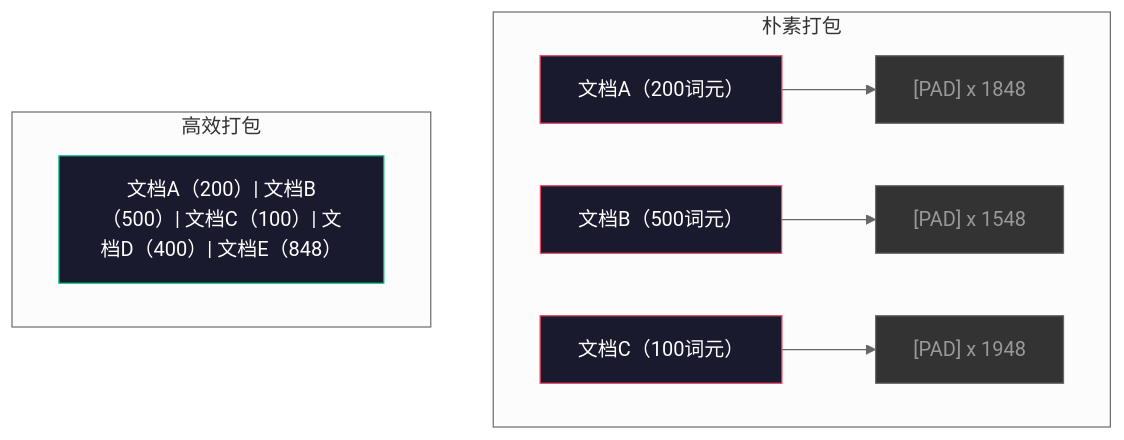
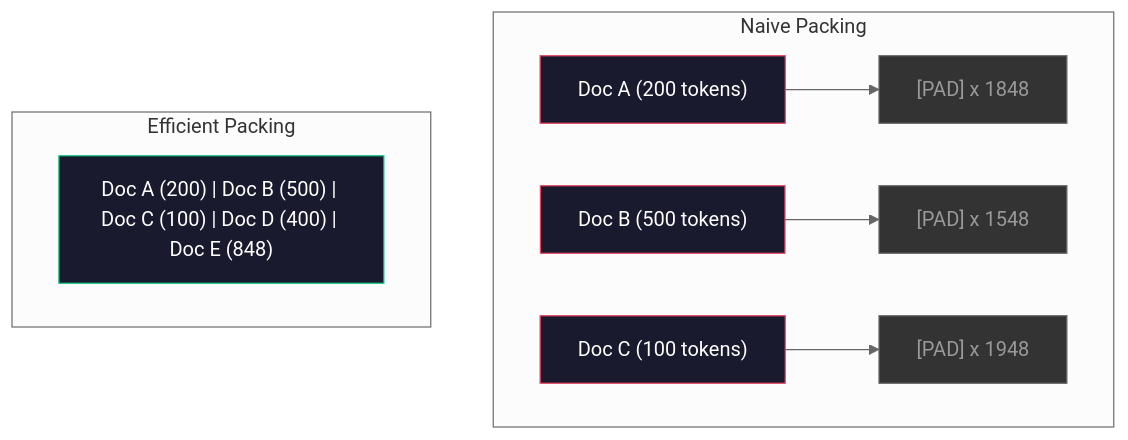
The third of 3 diagrams in i18n/zh/phases/10-llms-from-scratch/03-data-pipelines/docs/zh.md (xiaojiaenen/ai-engineering-from-scratch-zh), drawn with Mermaid (neutral theme) before and after one commit. The commit also changed other lines of this file and 24 other files, not shown here.

````diff
--- a/i18n/zh/phases/10-llms-from-scratch/03-data-pipelines/docs/zh.md
+++ b/i18n/zh/phases/10-llms-from-scratch/03-data-pipelines/docs/zh.md
@@ -137,20 +137,20 @@
 ```mermaid
 graph TD
-    subgraph 朴素打包
-        A1["文档A（200词元）"] --> P1["[PAD] x 1848"]
-        A2["文档B（500词元）"] --> P2["[PAD] x 1548"]
-        A3["文档C（100词元）"] --> P3["[PAD] x 1948"]
+    subgraph Naive Packing
+        A1["Doc A (200 tokens)"] --> P1["[PAD] x 1848"]
+        A2["Doc B (500 tokens)"] --> P2["[PAD] x 1548"]
+        A3["Doc C (100 tokens)"] --> P3["[PAD] x 1948"]
     end
 
-    subgraph 高效打包
-        B1["文档A（200）| 文档B（500）| 文档C（100）| 文档D（400）| 文档E（848）"]
+    subgraph Efficient Packing
+        B1["Doc A (200) | Doc B (500) | Doc C (100) | Doc D (400) | Doc E (848)"]
     end
 
     style A1 fill:#1a1a2e,stroke:#e94560,color:#fff
     style A2 fill:#1a1a2e,stroke:#e94560,color:#fff
     style A3 fill:#1a1a2e,stroke:#e94560,color:#fff
     style P1 fill:#333,stroke:#666,color:#999
     style P2 fill:#333,stroke:#666,color:#999
     style P3 fill:#333,stroke:#666,color:#999
     style B1 fill:#1a1a2e,stroke:#16c784,color:#fff
 ```
````
